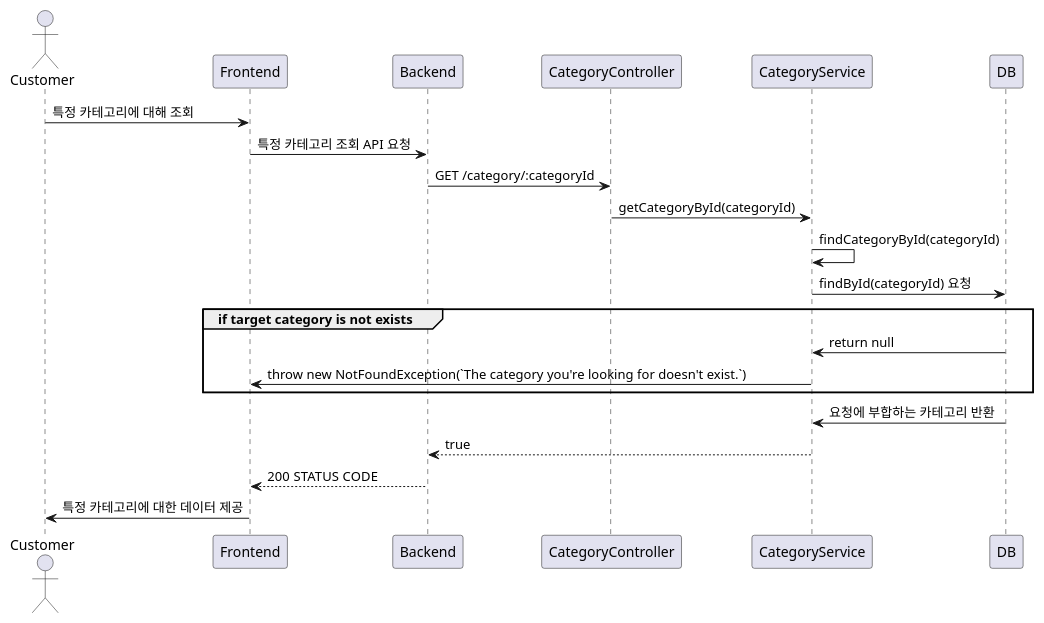
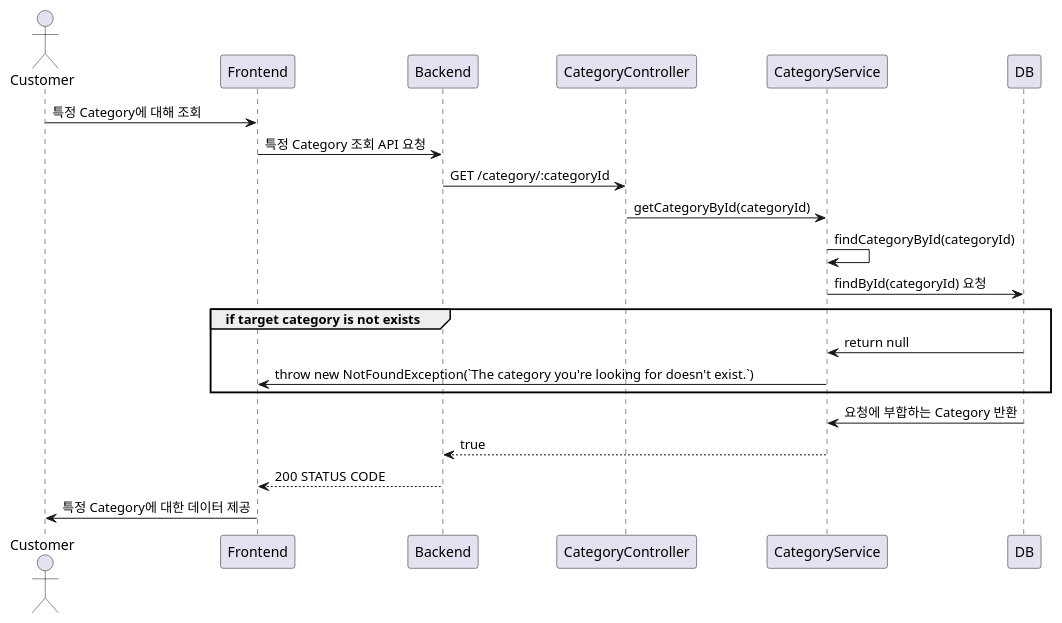
One commit to VVSOGI/todolist-remake changed the second of 2 diagrams in server/docs/category/category.get.md. Above: the diagram before and after it, drawn with PlantUML. The commit also changed other lines of this file and 3 other files, not shown here.

````diff
--- a/server/docs/category/category.get.md
+++ b/server/docs/category/category.get.md
@@ -62,19 +62,19 @@
 ```plantuml
 @startuml
 actor Customer
-Customer -> Frontend: 특정 카테고리에 대해 조회
-    Frontend -> Backend: 특정 카테고리 조회 API 요청
+Customer -> Frontend: 특정 Category에 대해 조회
+    Frontend -> Backend: 특정 Category 조회 API 요청
         Backend -> CategoryController: GET /category/:categoryId
             CategoryController -> CategoryService: getCategoryById(categoryId)
                 CategoryService -> CategoryService: findCategoryById(categoryId)
                 CategoryService -> DB: findById(categoryId) 요청
                 group if target category is not exists
                     DB -> CategoryService: return null
                     CategoryService -> Frontend: throw new NotFoundException(`The category you're looking for doesn't exist.`)
                 end
-                DB -> CategoryService: 요청에 부합하는 카테고리 반환
+                DB -> CategoryService: 요청에 부합하는 Category 반환
             Backend <-- CategoryService: true
     Frontend <-- Backend: 200 STATUS CODE
-Customer <- Frontend: 특정 카테고리에 대한 데이터 제공
+Customer <- Frontend: 특정 Category에 대한 데이터 제공
 @enduml
 ```
````
